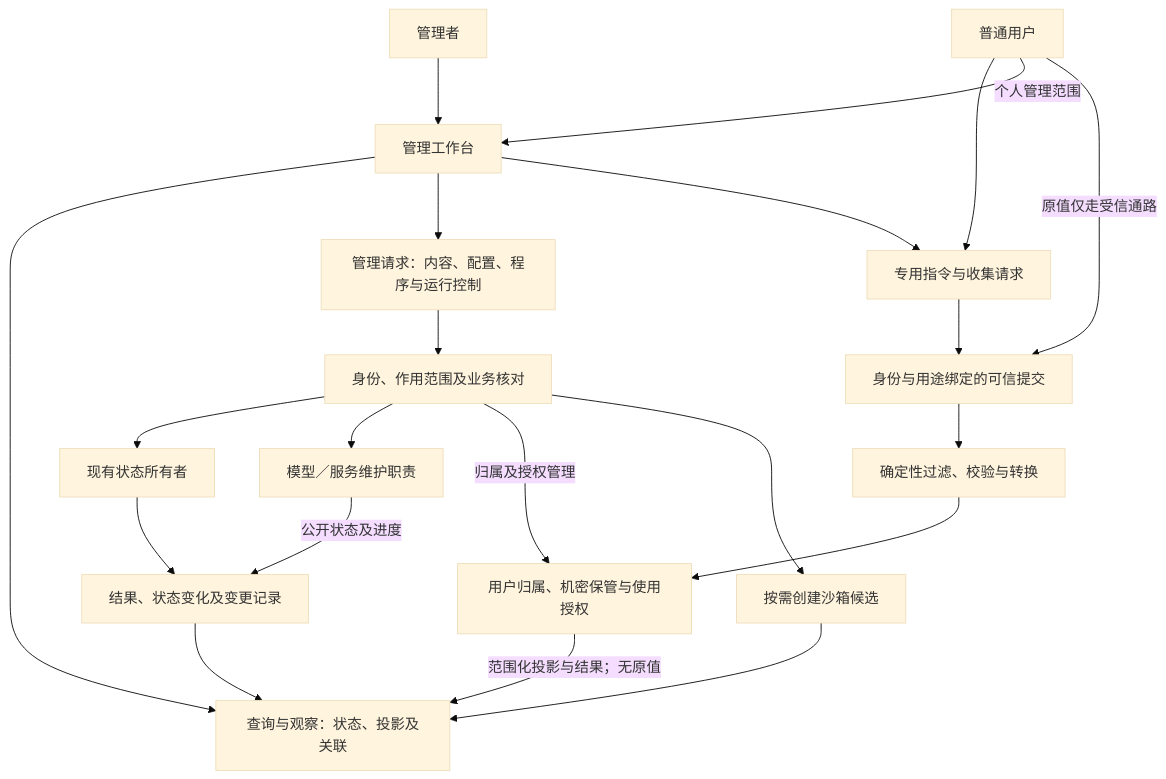
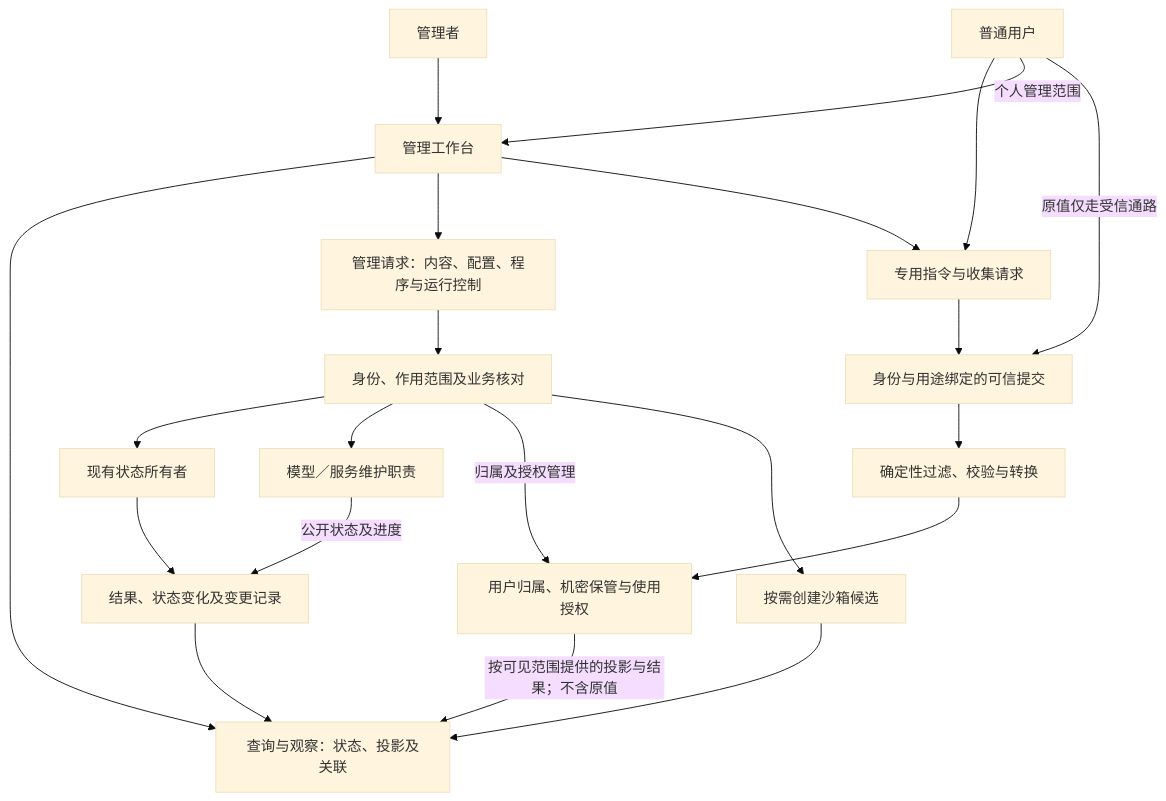
The diagram in docs/management-workspace.md (d7z-project/TinyAGI), drawn with Mermaid (base theme) before and after one commit. The commit also changed other lines of this file and 51 other files, not shown here.

````diff
--- a/docs/management-workspace.md
+++ b/docs/management-workspace.md
@@ -21,23 +27,23 @@
 ```mermaid
 flowchart TB
     Operator["管理者"] --> Workspace["管理工作台"]
     Workspace --> Read["查询与观察：状态、投影及关联"]
     Workspace --> Request["管理请求：内容、配置、程序与运行控制"]
     Request --> Scope["身份、作用范围及业务核对"]
     Scope --> Owners["现有状态所有者"]
     Scope --> Maintenance["模型／服务维护职责"]
     User["普通用户"] --> Command["专用指令与收集请求"]
     User -->|"个人管理范围"| Workspace
     Workspace --> Command
     Command --> Intake["身份与用途绑定的可信提交"]
     User -->|"原值仅走受信通路"| Intake
     Intake --> Pipeline["确定性过滤、校验与转换"]
     Pipeline --> Secrets["用户归属、机密保管与使用授权"]
     Scope -->|"归属及授权管理"| Secrets
-    Secrets -->|"范围化投影与结果；无原值"| Read
+    Secrets -->|"按可见范围提供的投影与结果；不含原值"| Read
     Maintenance -->|"公开状态及进度"| Events
     Owners --> Events["结果、状态变化及变更记录"]
     Events --> Read
     Scope --> Sandbox["按需创建沙箱候选"]
     Sandbox --> Read
 ```
````
